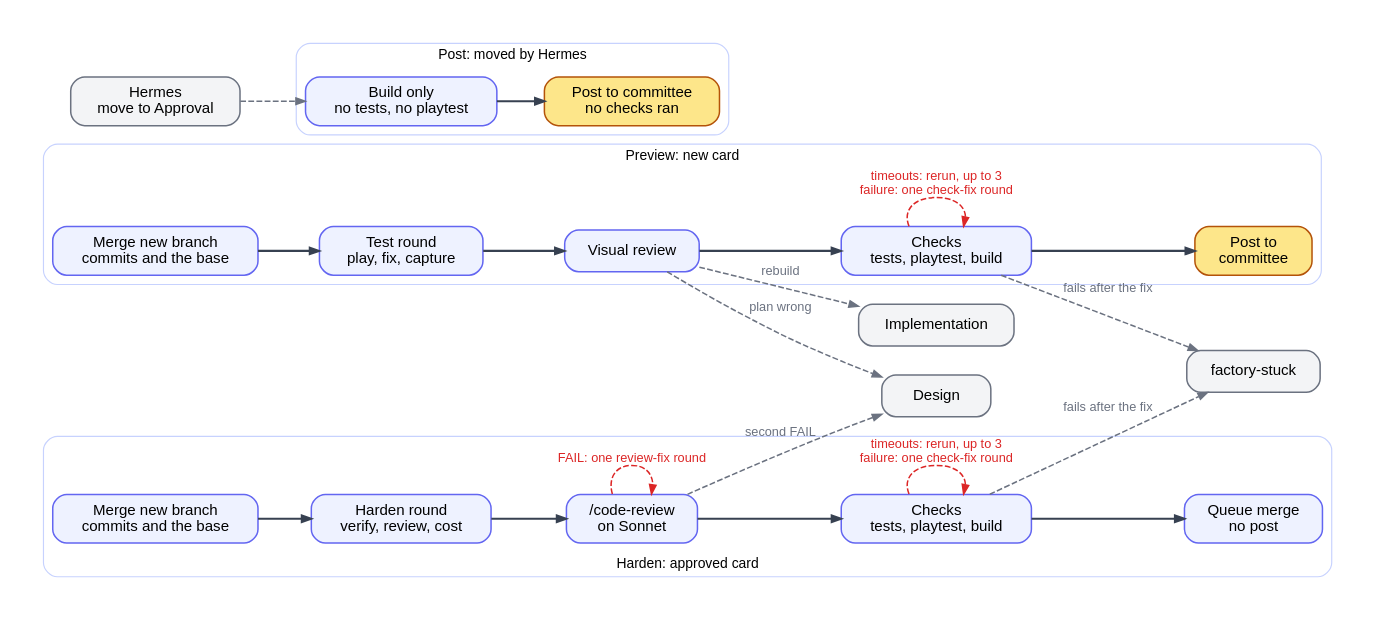
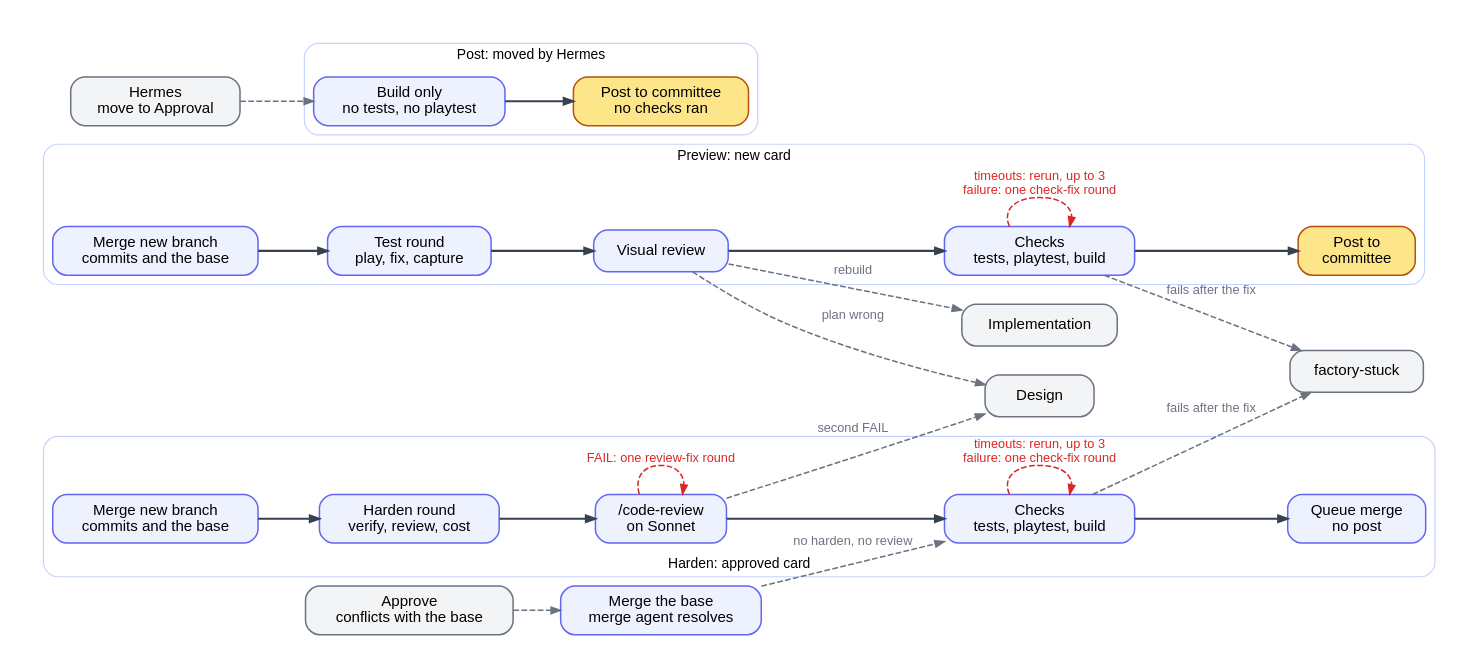
One commit to btseytlin/road-machiners changed the diagram in factory/docs/diagrams/testing.dot. Above: the diagram before and after it, drawn with Graphviz. The commit also changed 12 other files, not shown here.

Commit message:
An approved card that conflicts with the base at approve gets only a merge agent and the checks, with no new hardening or review

```diff
--- a/factory/docs/diagrams/testing.dot
+++ b/factory/docs/diagrams/testing.dot
@@ -1,38 +1,42 @@
 // Testing column. Two lines: preview before the committee plays, harden after it approves. A third, post, runs only when Hermes moves a card to Approval. Red: loops back. Grey: leaves Testing or enters from outside.
 digraph testing {
   rankdir=LR; nodesep=0.35; ranksep=0.55; bgcolor=white; pad=0.3;
   node [shape=box, style="rounded,filled", fillcolor="#eef2ff", color="#6366f1", fontname="Helvetica", fontsize=13, margin="0.2,0.1", penwidth=1.3, width=1.3];
   edge [color="#374151", penwidth=1.8, arrowsize=0.8, fontname="Helvetica", fontsize=11];
   subgraph cluster_preview {
     label="Preview: new card"; fontname="Helvetica"; fontsize=12; color="#c7d2fe"; style=rounded;
     PM [label="Merge new branch\ncommits and the base"]; PT [label="Test round\nplay, fix, capture"]; PV [label="Visual review"];
     PC [label="Checks\ntests, playtest, build"]; PP [label="Post to\ncommittee", fillcolor="#fde68a", color="#b45309"];
     PM -> PT -> PV -> PC -> PP [weight=100];
   }
   subgraph cluster_harden {
     label="Harden: approved card"; labelloc=b; fontname="Helvetica"; fontsize=12; color="#c7d2fe"; style=rounded;
     HM [label="Merge new branch\ncommits and the base"]; HH [label="Harden round\nverify, review, cost"]; HR [label="/code-review\non Sonnet"];
     HC [label="Checks\ntests, playtest, build"]; HQ [label="Queue merge\nno post"];
     HM -> HH -> HR -> HC -> HQ [weight=100];
   }
   subgraph cluster_post {
     label="Post: moved by Hermes"; fontname="Helvetica"; fontsize=12; color="#c7d2fe"; style=rounded;
     QB [label="Build only\nno tests, no playtest"]; QP [label="Post to committee\nno checks ran", fillcolor="#fde68a", color="#b45309"];
     QB -> QP [weight=100];
   }
   XH [label="Hermes\nmove to Approval", fillcolor="#f3f4f6", color="#6b7280"];
   XI [label="Implementation", fillcolor="#f3f4f6", color="#6b7280"];
   XD [label="Design", fillcolor="#f3f4f6", color="#6b7280"];
   XS [label="factory-stuck", fillcolor="#f3f4f6", color="#6b7280"];
+  XA [label="Approve\nconflicts with the base", fillcolor="#f3f4f6", color="#6b7280"];
+  HX [label="Merge the base\nmerge agent resolves"];
   edge [color="#dc2626", fontcolor="#dc2626", style=dashed, penwidth=1.3];
   PC -> PC [label="timeouts: rerun, up to 3\nfailure: one check-fix round"];
   HC -> HC [label="timeouts: rerun, up to 3\nfailure: one check-fix round"];
   HR -> HR [label="FAIL: one review-fix round"];
   edge [color="#6b7280", fontcolor="#6b7280"];
   XH -> QB;
+  XA -> HX;
+  HX -> HC [label="no harden, no review"];
   PV -> XI [label="rebuild"];
   PV -> XD [label="plan wrong"];
   HR -> XD [label="second FAIL"];
   PC -> XS [label="fails after the fix"];
   HC -> XS [label="fails after the fix"];
 }
```
